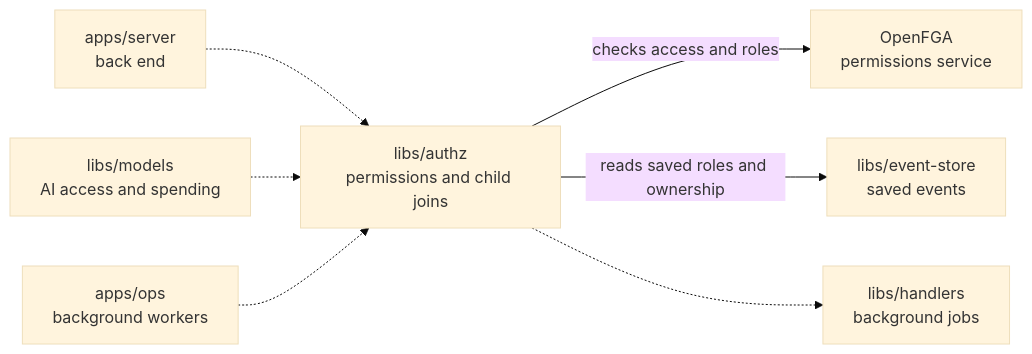
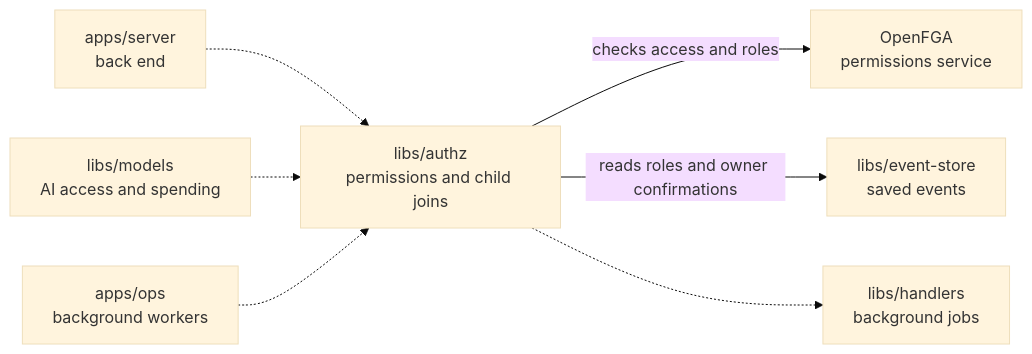
One commit to elewa-git/opencrane-new changed the diagram in libs/authz/README.md. Above: the diagram before and after it, drawn with Mermaid (base theme). The commit also changed other lines of this file and 35 other files, not shown here.

````diff
--- a/libs/authz/README.md
+++ b/libs/authz/README.md
@@ -11,9 +11,9 @@
 ```mermaid
 flowchart LR
   server["apps/server<br/>back end"] -.-> authz["libs/authz<br/>permissions and child joins"]
   models["libs/models<br/>AI access and spending"] -.-> authz
   ops["apps/ops<br/>background workers"] -.-> authz
   authz -->|checks access and roles| fga["OpenFGA<br/>permissions service"]
-  authz -->|reads saved roles and ownership| store["libs/event-store<br/>saved events"]
+  authz -->|reads roles and owner confirmations| store["libs/event-store<br/>saved events"]
   authz -.-> handlers["libs/handlers<br/>background jobs"]
 ```
````
